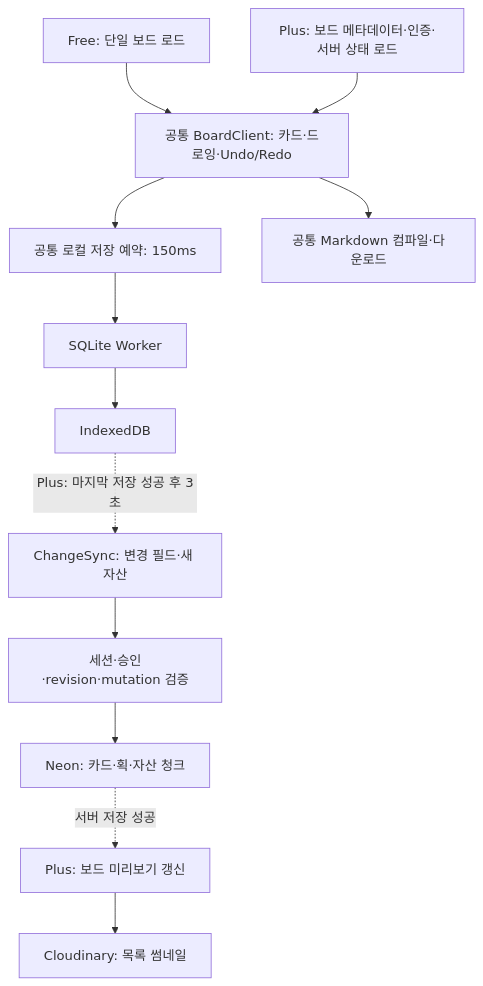
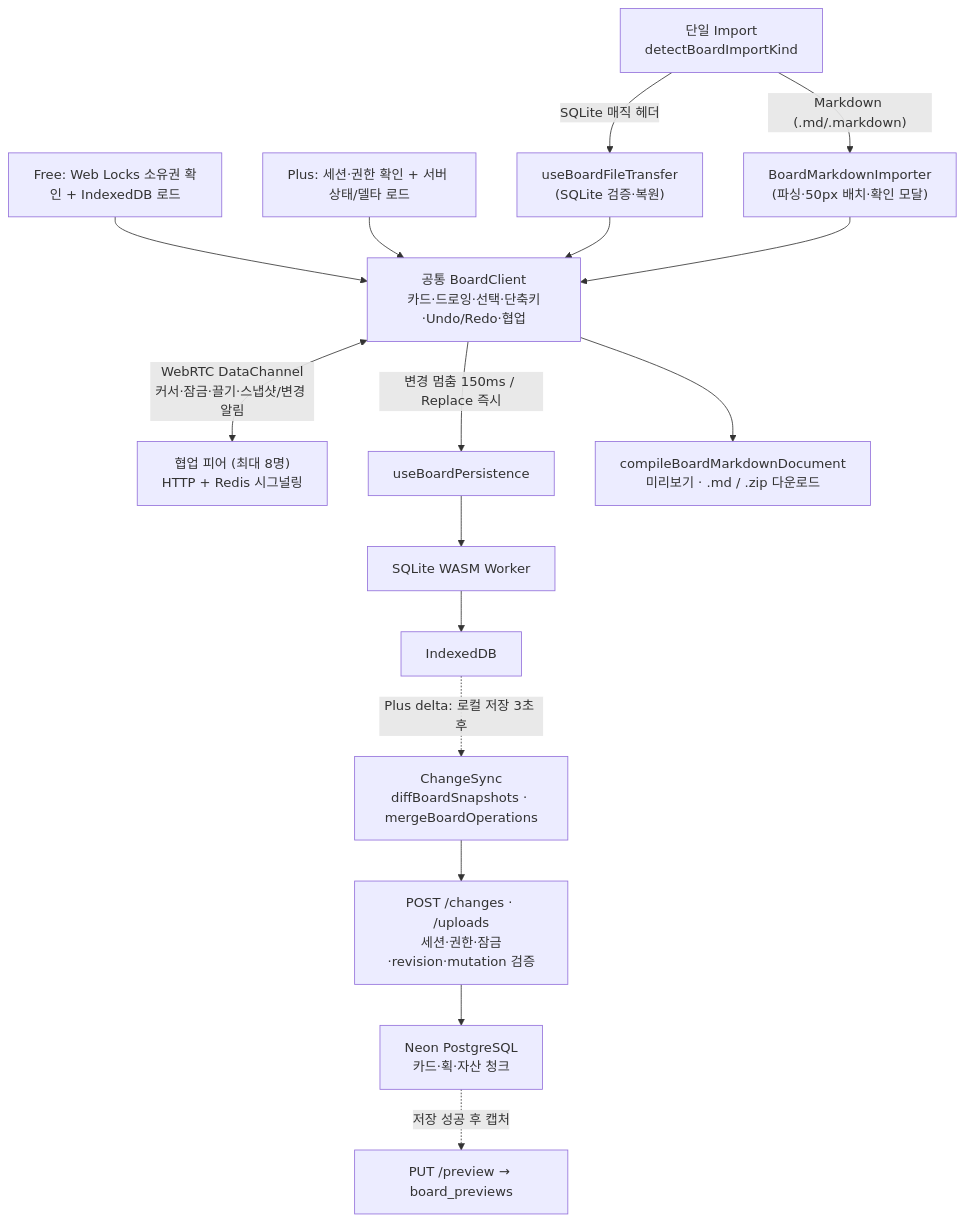
The diagram in docs/meldrift-basic-design.md (Kim-kyuho/Meldrift), drawn with Mermaid before and after one commit. The commit also changed other lines of this file and 15 other files, not shown here.

Commit message:
add function to import markdown

````diff
--- a/docs/meldrift-basic-design.md
+++ b/docs/meldrift-basic-design.md
@@ -53,12 +68,13 @@
 ```mermaid
 flowchart TD
-    Free["Free: 단일 보드 로드"] --> Editor["공통 BoardClient: 카드·드로잉·Undo/Redo"]
-    Plus["Plus: 보드 메타데이터·인증·서버 상태 로드"] --> Editor
-    Editor --> Local["공통 로컬 저장 예약: 150ms"]
-    Local --> Worker["SQLite Worker"] --> IDB["IndexedDB"]
-    IDB -. "Plus: 마지막 저장 성공 후 3초" .-> Sync["ChangeSync: 변경 필드·새 자산"]
-    Sync --> API["세션·승인·revision·mutation 검증"] --> Neon["Neon: 카드·획·자산 청크"]
-    Neon -. "서버 저장 성공" .-> Preview["Plus: 보드 미리보기 갱신"]
-    Preview --> Cloud["Cloudinary: 목록 썸네일"]
-    Editor --> Markdown["공통 Markdown 컴파일·다운로드"]
+    Free["Free: Web Locks 소유권 확인 + IndexedDB 로드"] --> Editor["공통 BoardClient<br/>카드·드로잉·선택·단축키·Undo/Redo·협업"]
+    Plus["Plus: 세션·권한 확인 + 서버 상태/델타 로드"] --> Editor
+    Import["단일 Import<br/>detectBoardImportKind"] -->|"SQLite 매직 헤더"| SqImport["useBoardFileTransfer<br/>(SQLite 검증·복원)"] --> Editor
+    Import -->|"Markdown (.md/.markdown)"| MdImport["BoardMarkdownImporter<br/>(파싱·50px 배치·확인 모달)"] --> Editor
+    Editor <-->|"WebRTC DataChannel<br/>커서·잠금·끌기·스냅샷/변경 알림"| Peers["협업 피어 (최대 8명)<br/>HTTP + Redis 시그널링"]
+    Editor -->|"변경 멈춤 150ms / Replace 즉시"| Local["useBoardPersistence"] --> Worker["SQLite WASM Worker"] --> IDB["IndexedDB"]
+    IDB -. "Plus delta: 로컬 저장 3초 후" .-> Sync["ChangeSync<br/>diffBoardSnapshots · mergeBoardOperations"]
+    Sync --> API["POST /changes · /uploads<br/>세션·권한·잠금·revision·mutation 검증"] --> Neon["Neon PostgreSQL<br/>카드·획·자산 청크"]
+    Neon -. "저장 성공 후 캡처" .-> Preview["PUT /preview → board_previews"]
+    Editor --> Markdown["compileBoardMarkdownDocument<br/>미리보기 · .md / .zip 다운로드"]
 ```
````
